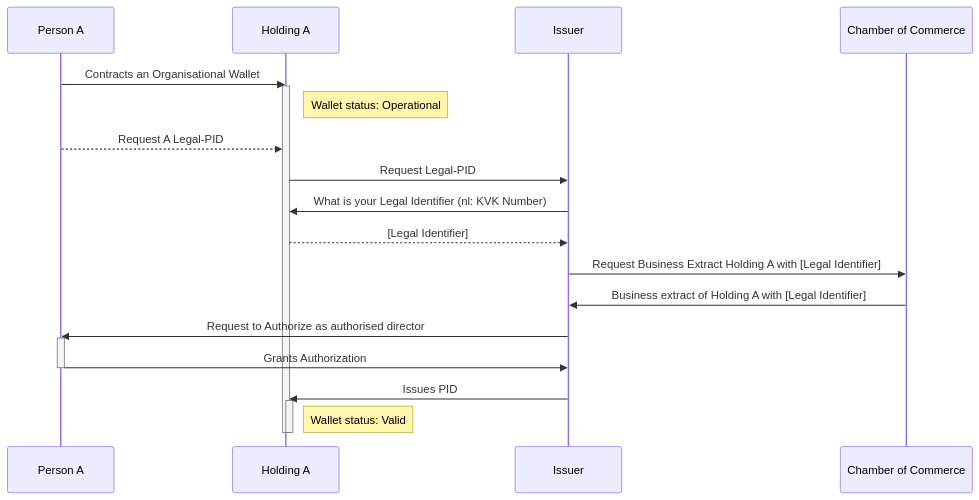
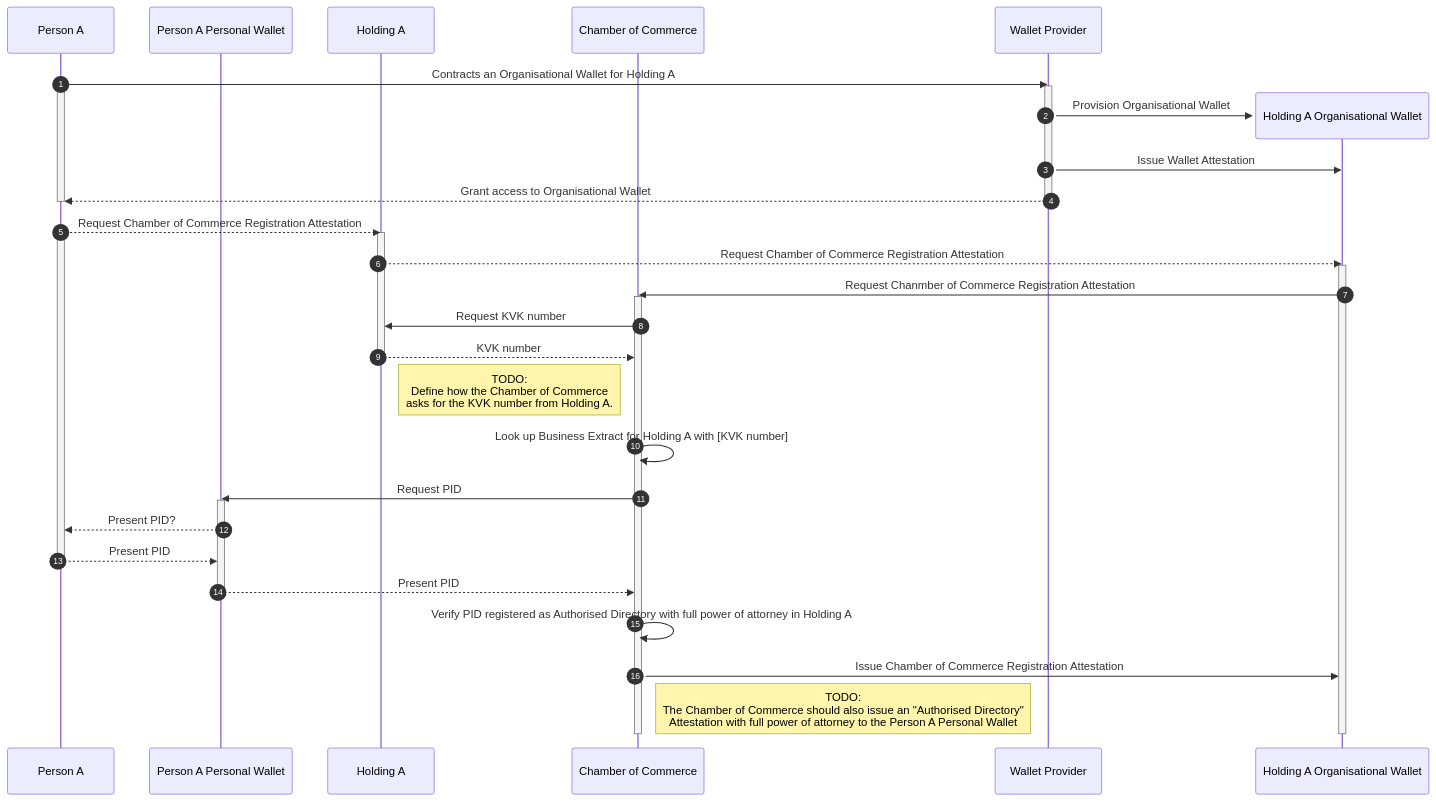
The second of 3 diagrams in pages/functional/use-cases/founding-a-company.mdx (FIDEScommunity/CompanyPassport), drawn with Mermaid before and after one commit. The commit also changed other lines of this file and 25 other files, not shown here.

````diff
--- a/pages/functional/use-cases/founding-a-company.mdx
+++ b/pages/functional/use-cases/founding-a-company.mdx
@@ -114,34 +140,47 @@
 ```mermaid
 sequenceDiagram
-    participant Person A
-    participant Holding A
+    autonumber
 
-    participant Issuer
-    participant Chamber of Commerce
+    participant person_a as Person A
+    participant person_a_wallet as Person A Personal Wallet
+    participant holding_a as Holding A
+    participant coc as Chamber of Commerce
+    participant wallet_provider as Wallet Provider
 
-    Person A->>Holding A: Contracts an Organisational Wallet
-    activate Holding A
+    %% Contract Organisational Wallet
+    person_a ->> wallet_provider: Contracts an Organisational Wallet for Holding A
+    activate person_a
+    activate wallet_provider
+    create participant holding_a_wallet as Holding A Organisational Wallet
+    wallet_provider ->> holding_a_wallet: Provision Organisational Wallet
+    wallet_provider ->> holding_a_wallet: Issue Wallet Attestation
+    wallet_provider -->> person_a: Grant access to Organisational Wallet
+    deactivate wallet_provider
+    deactivate person_a
 
-    Note Right of Holding A: Wallet status: Operational
-
-
-    Person A-->>Holding A: Request A Legal-PID
-
-    Holding A->>Issuer: Request Legal-PID
-    Issuer->>Holding A: What is your Legal Identifier (nl: KVK Number)
-    Holding A-->>Issuer: [Legal Identifier]
-    Issuer->>Chamber of Commerce:Request Business Extract Holding A with [Legal Identifier]
-    Chamber of Commerce->>Issuer: Business extract of Holding A with [Legal Identifier]
-
-
-    Issuer->>Person A: Request to Authorize as authorised director
-
-    activate Person A
-    Person A->>Issuer: Grants Authorization
-    deactivate Person A
-    Issuer->>Holding A:Issues PID
-    activate Holding A
-    Note Right of Holding A: Wallet status: Valid
-    deactivate Holding A
-    deactivate Holding A
+    %% Request Chamber of Commerce Registration Attestation
+    person_a -->> holding_a: Request Chamber of Commerce Registration Attestation
+    activate holding_a
+    activate person_a
+    holding_a -->> holding_a_wallet: Request Chamber of Commerce Registration Attestation
+    activate holding_a_wallet
+    holding_a_wallet ->> coc: Request Chanmber of Commerce Registration Attestation
+    activate coc
+    coc ->> holding_a: Request KVK number
+    holding_a -->> coc: KVK number
+    deactivate holding_a
+    Note right of holding_a: TODO:<br/>Define how the Chamber of Commerce<br/>asks for the KVK number from Holding A.
+    coc ->> coc: Look up Business Extract for Holding A with [KVK number]
+    coc ->> person_a_wallet: Request PID
+    activate person_a_wallet
+    person_a_wallet -->> person_a: Present PID?
+    person_a -->> person_a_wallet: Present PID
+    deactivate person_a
+    person_a_wallet -->> coc: Present PID
+    deactivate person_a_wallet
+    coc ->> coc: Verify PID registered as Authorised Directory with full power of attorney in Holding A
+    coc ->> holding_a_wallet: Issue Chamber of Commerce Registration Attestation
+    Note right of coc: TODO:<br/>The Chamber of Commerce should also issue an "Authorised Directory"<br/>Attestation with full power of attorney to the Person A Personal Wallet
+    deactivate holding_a_wallet
+    deactivate coc
 ```
````
